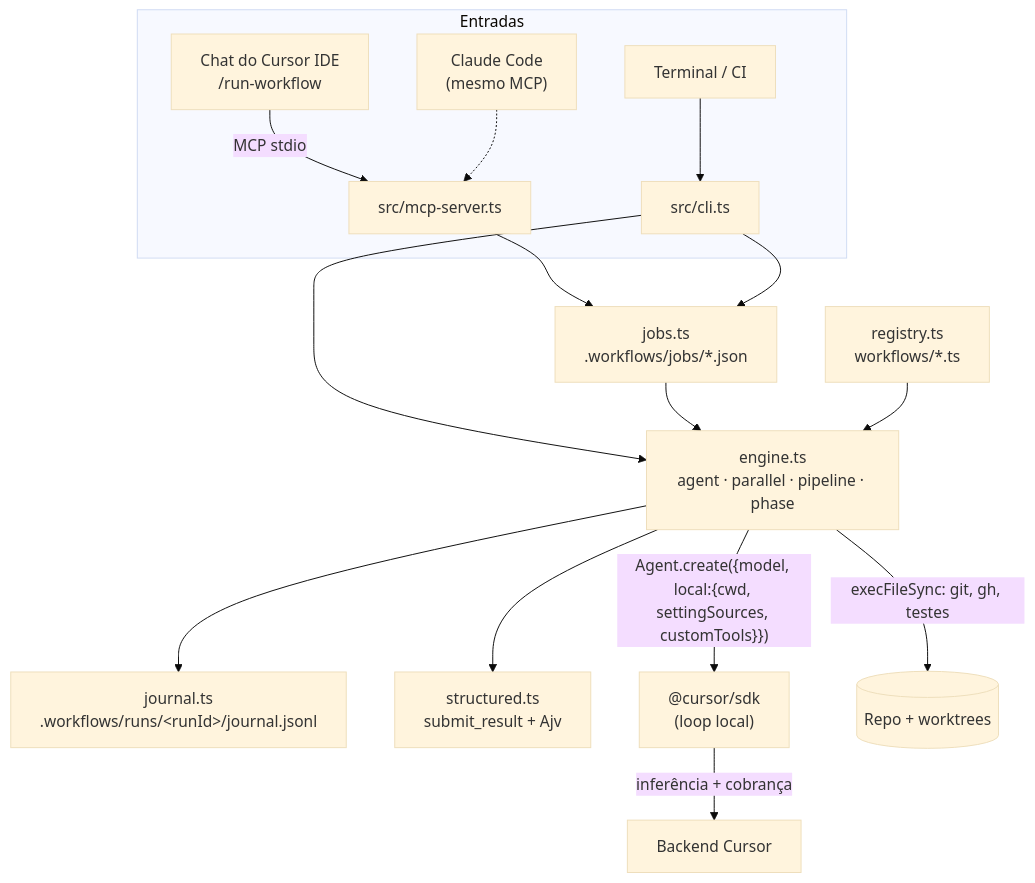
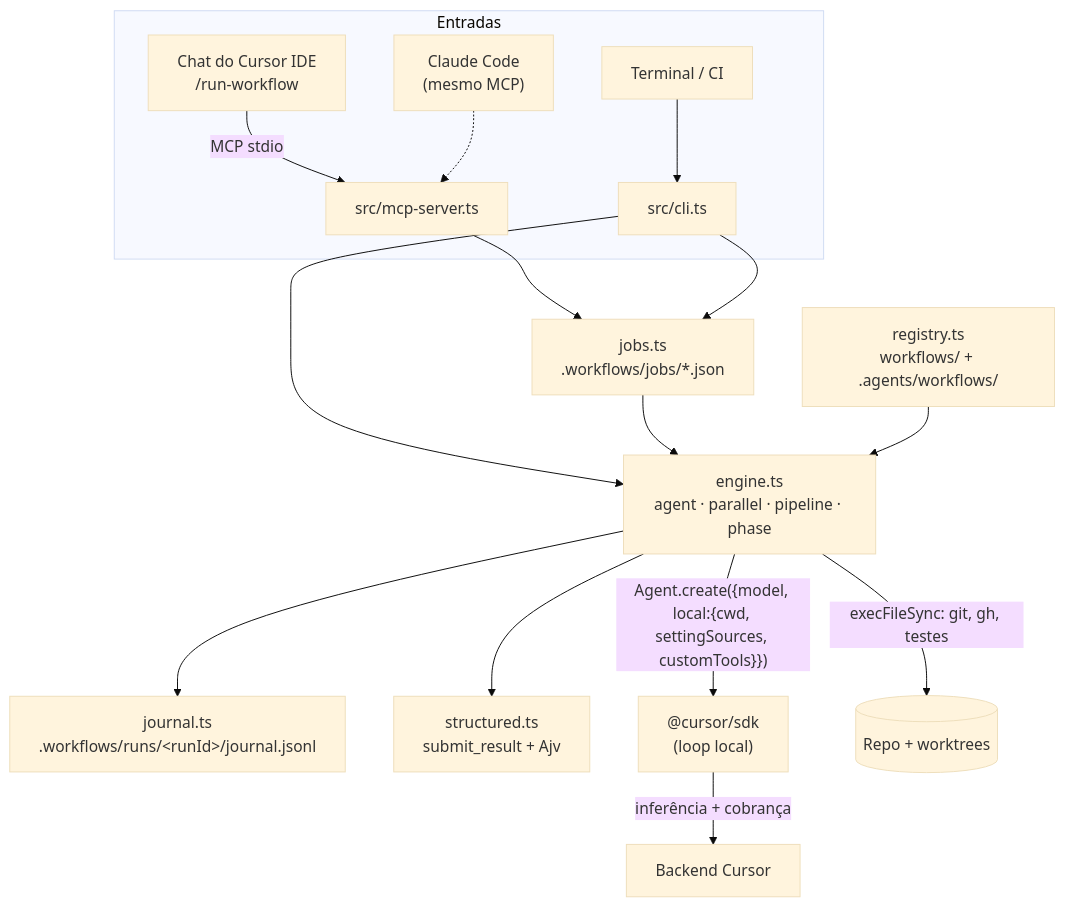
The diagram in ai/study/cursor-agent-sdk-workflows/starter-kit/docs/03-arquitetura.md (rodrigorjsf/ai-study-library), drawn with Mermaid (base theme) before and after one commit. The commit also changed other lines of this file and 30 other files, not shown here.

First line of the commit message:
study: apply advisor review and .agents layout to Cursor workflows starter kit

````diff
--- a/ai/study/cursor-agent-sdk-workflows/starter-kit/docs/03-arquitetura.md
+++ b/ai/study/cursor-agent-sdk-workflows/starter-kit/docs/03-arquitetura.md
@@ -5,18 +5,18 @@
 ```mermaid
 flowchart TB
   subgraph Entradas
     CHAT["Chat do Cursor IDE<br/>/run-workflow"] -->|MCP stdio| MCP[src/mcp-server.ts]
     TERM["Terminal / CI"] --> CLI[src/cli.ts]
     CCODE["Claude Code<br/>(mesmo MCP)"] -.-> MCP
   end
   MCP --> JOBS[jobs.ts<br/>.workflows/jobs/*.json]
   CLI --> JOBS
   CLI --> ENG
   JOBS --> ENG[engine.ts<br/>agent · parallel · pipeline · phase]
-  REG[registry.ts<br/>workflows/*.ts] --> ENG
+  REG[registry.ts<br/>workflows/ + .agents/workflows/] --> ENG
   ENG --> JR[journal.ts<br/>.workflows/runs/&lt;runId&gt;/journal.jsonl]
   ENG --> ST[structured.ts<br/>submit_result + Ajv]
   ENG -->|"Agent.create({model, local:{cwd, settingSources, customTools}})"| SDK["@cursor/sdk<br/>(loop local)"]
   SDK -->|inferência + cobrança| CUR[Backend Cursor]
   ENG -->|"execFileSync: git, gh, testes"| REPO[(Repo + worktrees)]
 ```
````
